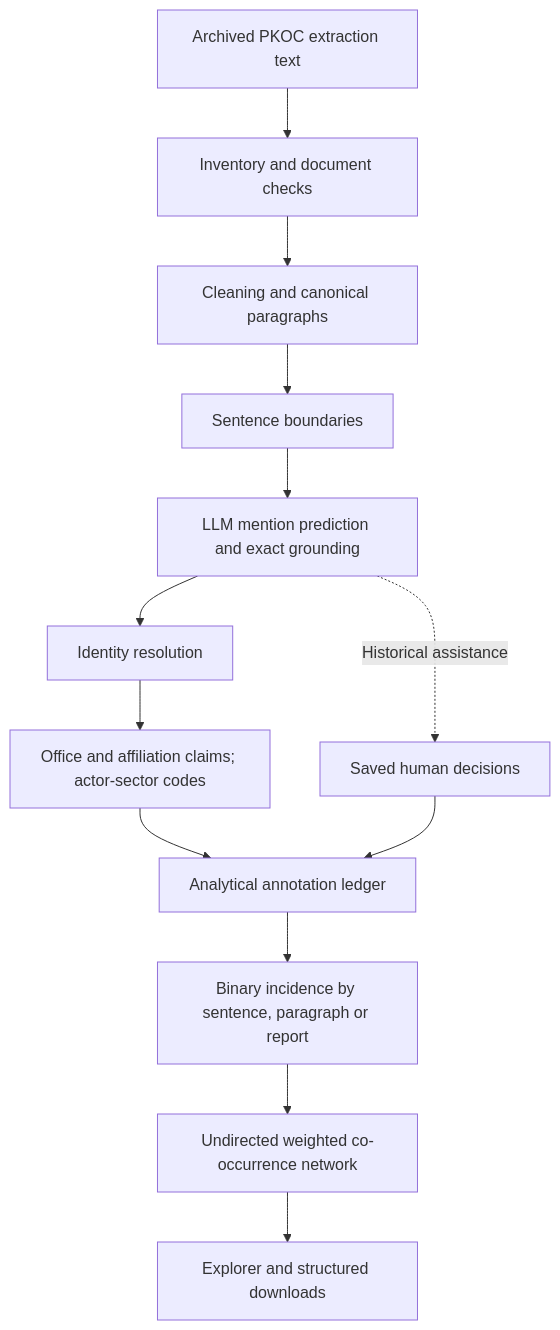
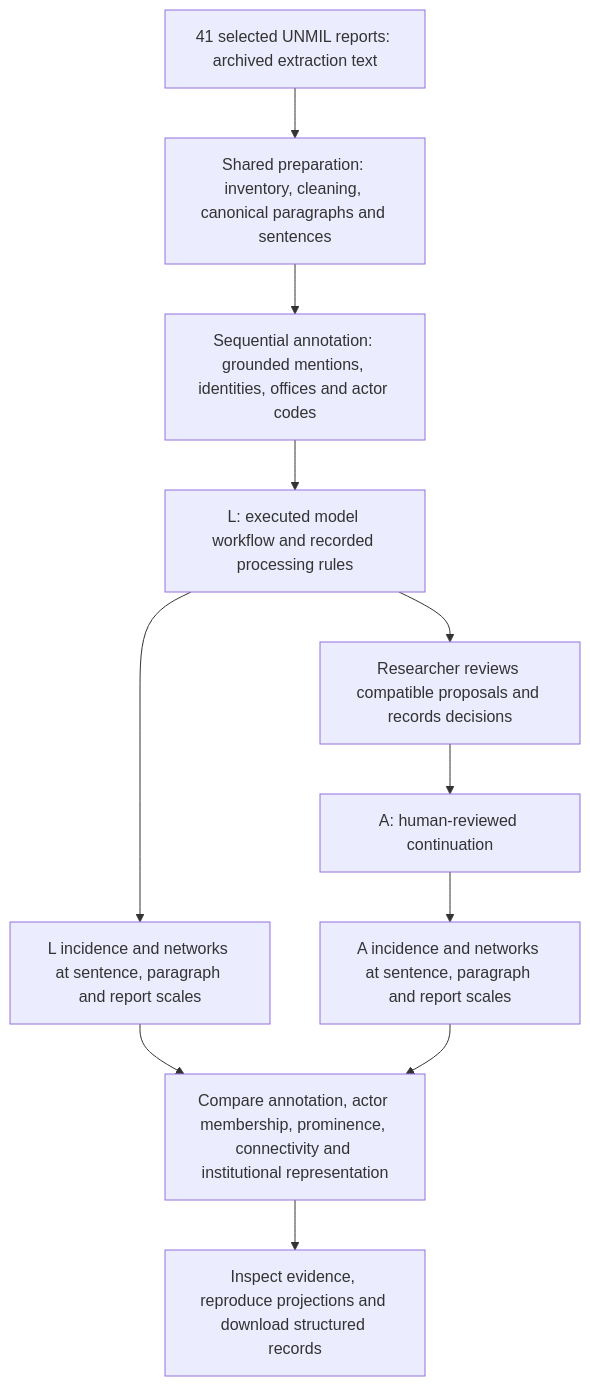
The diagram in docs/research-workflow.md (scott-kj/pkoc-research-explorer), drawn with Mermaid before and after one commit. The commit also changed other lines of this file and 13 other files, not shown here.

````diff
--- a/docs/research-workflow.md
+++ b/docs/research-workflow.md
@@ -5,15 +7,13 @@
 ```mermaid
 flowchart TD
-    A[Archived PKOC extraction text] --> B[Inventory and document checks]
-    B --> C[Cleaning and canonical paragraphs]
-    C --> D[Sentence boundaries]
-    D --> E[LLM mention prediction and exact grounding]
-    E --> F[Identity resolution]
-    F --> G[Office and affiliation claims; actor-sector codes]
-    G --> H[Analytical annotation ledger]
-    H --> I[Binary incidence by sentence, paragraph or report]
-    I --> J[Undirected weighted co-occurrence network]
-    J --> K[Explorer and structured downloads]
-    E -. Historical assistance .-> L[Saved human decisions]
-    L --> H
+    S[41 selected UNMIL reports: archived extraction text] --> P[Shared preparation: inventory, cleaning, canonical paragraphs and sentences]
+    P --> M[Sequential annotation: grounded mentions, identities, offices and actor codes]
+    M --> L[L: executed model workflow and recorded processing rules]
+    L --> H[Researcher reviews compatible proposals and records decisions]
+    H --> A[A: human-reviewed continuation]
+    L --> NL[L incidence and networks at sentence, paragraph and report scales]
+    A --> NA[A incidence and networks at sentence, paragraph and report scales]
+    NL --> C[Compare annotation, actor membership, prominence, connectivity and institutional representation]
+    NA --> C
+    C --> D[Inspect evidence, reproduce projections and download structured records]
 ```
````
